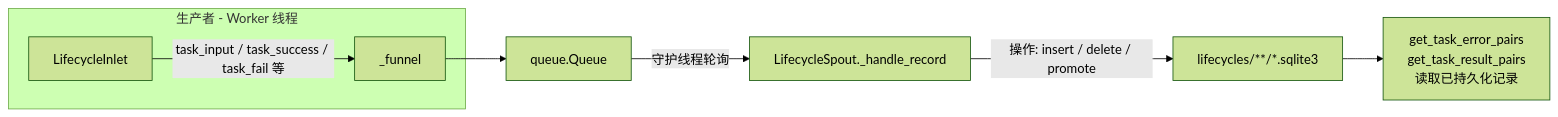
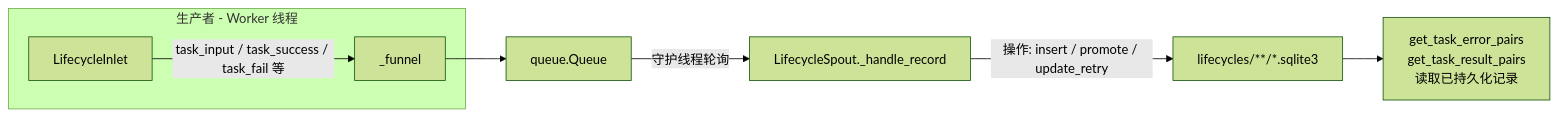
One commit to Mr-xiaotian/CelestialFlow changed the diagram in docs/zh-CN/src/persistence/core_lifecycle.md. Above: the diagram before and after it, drawn with Mermaid (forest theme). The commit also changed other lines of this file and 100 other files, not shown here.

````diff
--- a/docs/zh-CN/src/persistence/core_lifecycle.md
+++ b/docs/zh-CN/src/persistence/core_lifecycle.md
@@ -11,11 +11,11 @@
 ```mermaid
 flowchart LR
     subgraph Producer["生产者 - Worker 线程"]
         Inlet[LifecycleInlet]
         Inlet -->|task_input / task_success / task_fail 等| Funnel[_funnel]
     end
     Funnel --> Queue[queue.Queue]
     Queue -->|守护线程轮询| Spout[LifecycleSpout._handle_record]
-    Spout -->|操作: insert / delete / promote| SQLite[lifecycles/**/*.sqlite3]
+    Spout -->|操作: insert / promote / update_retry| SQLite[lifecycles/**/*.sqlite3]
     SQLite --> Read[get_task_error_pairs<br/>get_task_result_pairs<br/>读取已持久化记录]
 ```
````
